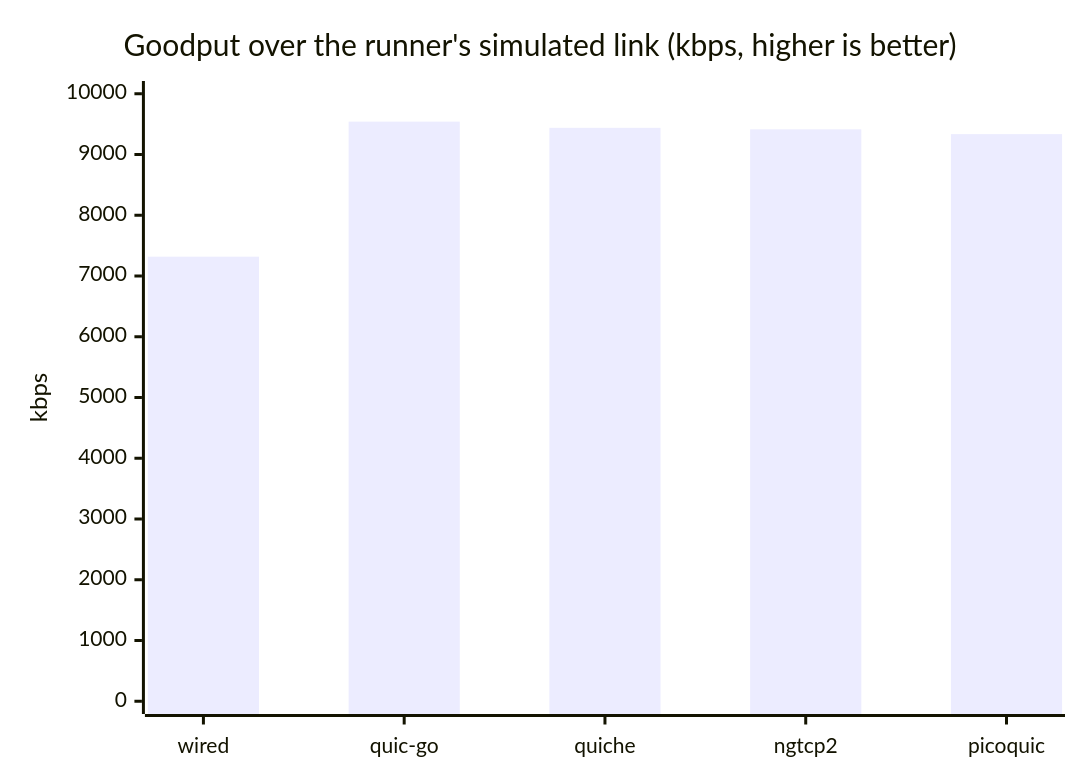
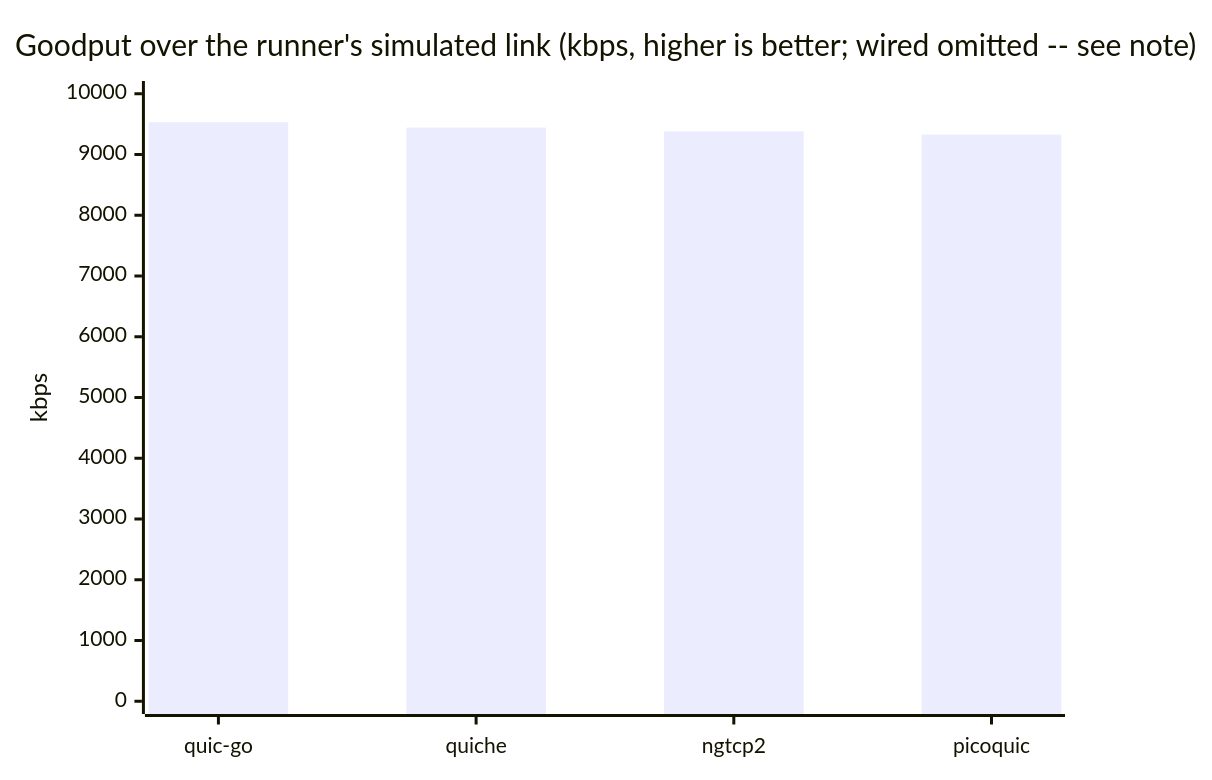
The first of 4 diagrams in docs/comparison.md (Hakkadaikon/wired), drawn with Mermaid before and after one commit. The commit also changed other lines of this file, not shown here.

````diff
--- a/docs/comparison.md
+++ b/docs/comparison.md
@@ -67,7 +66,7 @@
 ```mermaid
 xychart-beta
-    title "Goodput over the runner's simulated link (kbps, higher is better)"
-    x-axis ["wired", "quic-go", "quiche", "ngtcp2", "picoquic"]
+    title "Goodput over the runner's simulated link (kbps, higher is better; wired omitted -- see note)"
+    x-axis ["quic-go", "quiche", "ngtcp2", "picoquic"]
     y-axis "kbps" 0 --> 10000
-    bar [7318, 9541, 9439, 9414, 9335]
+    bar [9532, 9443, 9381, 9328]
 ```
````
